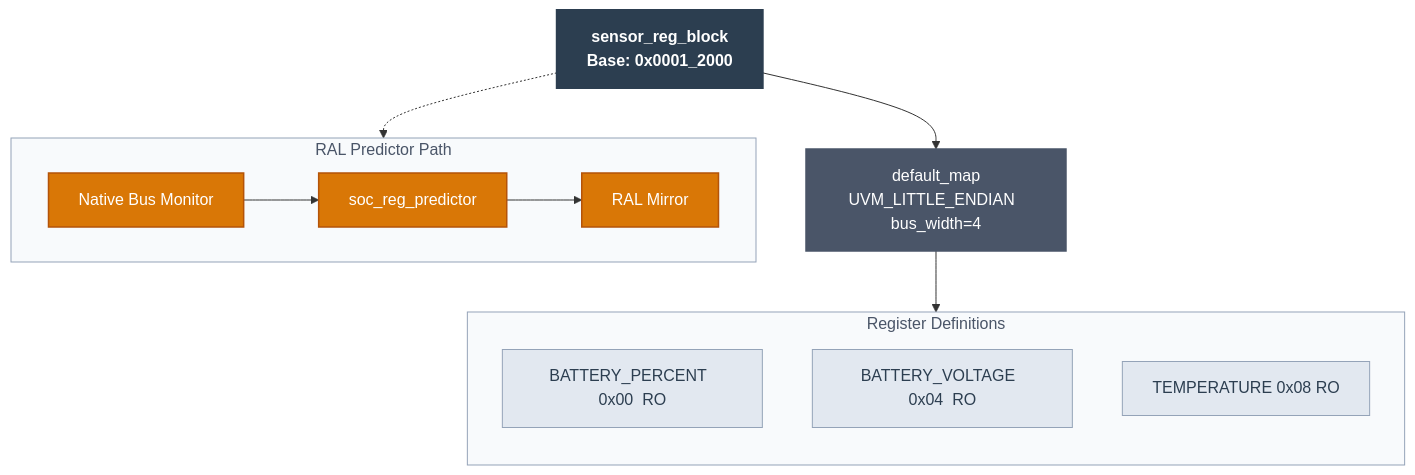
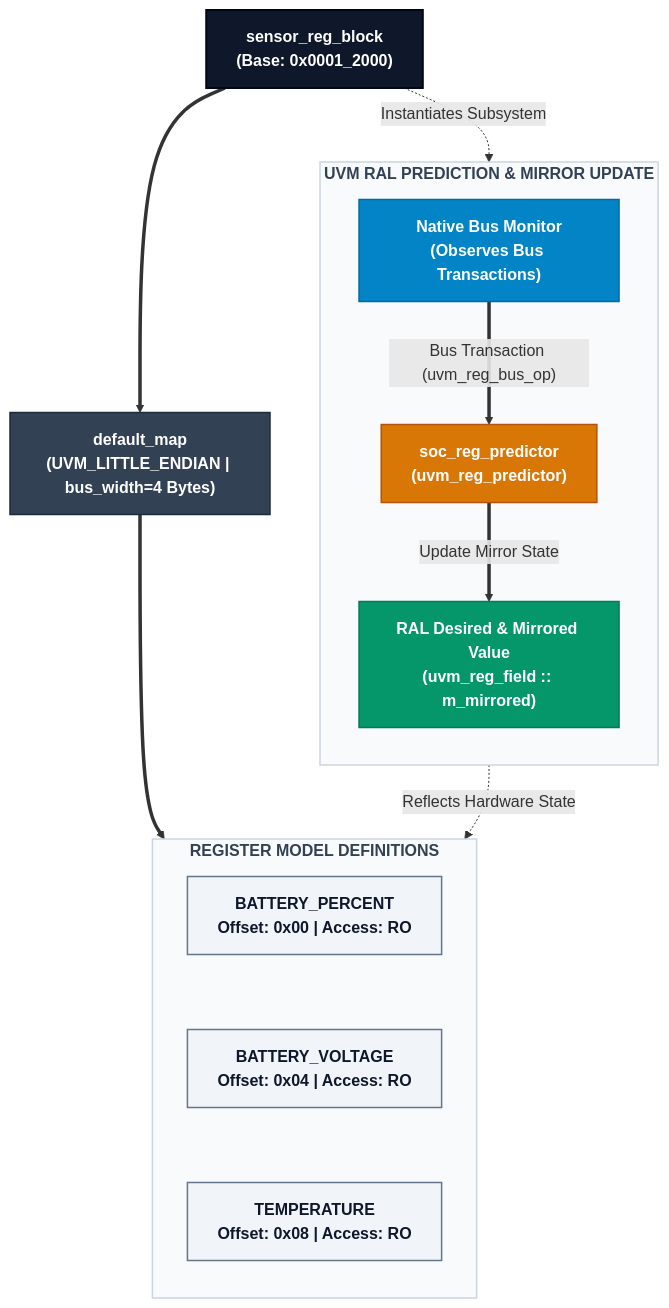
One commit to KapoorAkshit18/RISCV-VDP-SoC changed the diagram in RISCV-VDP-SoC/sensor_ral.mmd. Above: the diagram before and after it, drawn with Mermaid. The commit also changed 213 other files, not shown here.

```diff
--- a/RISCV-VDP-SoC/sensor_ral.mmd
+++ b/RISCV-VDP-SoC/sensor_ral.mmd
@@ -1,35 +1,49 @@
 graph TB
-    classDef block  fill:#2C3E50,stroke:#2C3E50,stroke-width:2px,color:#fff,font-weight:bold
-    classDef reg    fill:#E2E8F0,stroke:#94A3B8,stroke-width:1px,color:#2C3E50
-    classDef map    fill:#4A5568,stroke:#4A5568,stroke-width:1.5px,color:#fff
-    classDef pred   fill:#D97706,stroke:#B45309,stroke-width:1.5px,color:#fff
-    classDef grp    fill:#F8FAFC,stroke:#94A3B8,stroke-width:1px,color:#4A5568
+    %% --- CLASS DEFINITIONS (Publication Palette) ---
+    classDef blockStyle  fill:#0F172A,stroke:#020617,stroke-width:2px,color:#FFFFFF,font-weight:bold
+    classDef mapStyle    fill:#334155,stroke:#1E293B,stroke-width:1.5px,color:#FFFFFF,font-weight:bold
+    classDef regStyle    fill:#F1F5F9,stroke:#64748B,stroke-width:1.5px,color:#0F172A,font-weight:bold
+    classDef monStyle    fill:#0284C7,stroke:#0369A1,stroke-width:1.5px,color:#FFFFFF,font-weight:bold
+    classDef predStyle   fill:#D97706,stroke:#B45309,stroke-width:1.5px,color:#FFFFFF,font-weight:bold
+    classDef mirrorStyle fill:#059669,stroke:#047857,stroke-width:1.5px,color:#FFFFFF,font-weight:bold
+    classDef groupStyle  fill:#F8FAFC,stroke:#CBD5E1,stroke-width:1.5px,color:#334155,font-weight:bold
 
-    RBLK["sensor_reg_block\nBase: 0x0001_2000"]
+    %% --- MAIN REG BLOCK ---
+    RBLK["sensor_reg_block<br/>(Base: 0x0001_2000)"]
 
-    MAP["default_map\nUVM_LITTLE_ENDIAN  bus_width=4"]
+    %% --- ADDRESS MAP ---
+    MAP["default_map<br/>(UVM_LITTLE_ENDIAN | bus_width=4 Bytes)"]
 
-    subgraph REGS ["Register Definitions"]
+    %% --- REGISTER DEFINITIONS ---
+    subgraph REGS ["REGISTER MODEL DEFINITIONS"]
         direction TB
-        R0["BATTERY_PERCENT  0x00  RO"]
-        R1["BATTERY_VOLTAGE  0x04  RO"]
-        R2["TEMPERATURE      0x08  RO"]
+        R0["BATTERY_PERCENT<br/>Offset: 0x00 | Access: RO"]
+        R1["BATTERY_VOLTAGE<br/>Offset: 0x04 | Access: RO"]
+        R2["TEMPERATURE<br/>Offset: 0x08 | Access: RO"]
+        R0 ~~~ R1 ~~~ R2
     end
 
-    subgraph PRED_SUB ["RAL Predictor Path"]
-        direction LR
-        MON_IN["Native Bus Monitor"]
-        PRED2["soc_reg_predictor"]
-        MIRROR["RAL Mirror"]
-        MON_IN --> PRED2 --> MIRROR
+    %% --- PREDICTOR & MIRROR PATH ---
+    subgraph PRED_SUB ["UVM RAL PREDICTION & MIRROR UPDATE"]
+        direction TB
+        MON_IN["Native Bus Monitor<br/>(Observes Bus Transactions)"]
+        PRED2["soc_reg_predictor<br/>(uvm_reg_predictor)"]
+        MIRROR["RAL Desired &amp; Mirrored Value<br/>(uvm_reg_field :: m_mirrored)"]
+        MON_IN ==>|"Bus Transaction (uvm_reg_bus_op)"| PRED2
+        PRED2 ==>|"Update Mirror State"| MIRROR
     end
 
-    RBLK --> MAP
-    MAP  --> REGS
-    RBLK -.-> PRED_SUB
+    %% --- HIERARCHICAL & PREDICTION CONNECTIONS ---
+    RBLK ==> MAP
+    MAP ==> REGS
+    RBLK -.->|"Instantiates Subsystem"| PRED_SUB
+    MIRROR -.->|"Reflects Hardware State"| REGS
 
-    class RBLK block
-    class MAP map
-    class R0,R1,R2 reg
-    class MON_IN,PRED2,MIRROR pred
-    class REGS,PRED_SUB grp
+    %% --- CLASS ASSIGNMENTS ---
+    class RBLK blockStyle
+    class MAP mapStyle
+    class R0,R1,R2 regStyle
+    class MON_IN monStyle
+    class PRED2 predStyle
+    class MIRROR mirrorStyle
+    class REGS,PRED_SUB groupStyle
```
